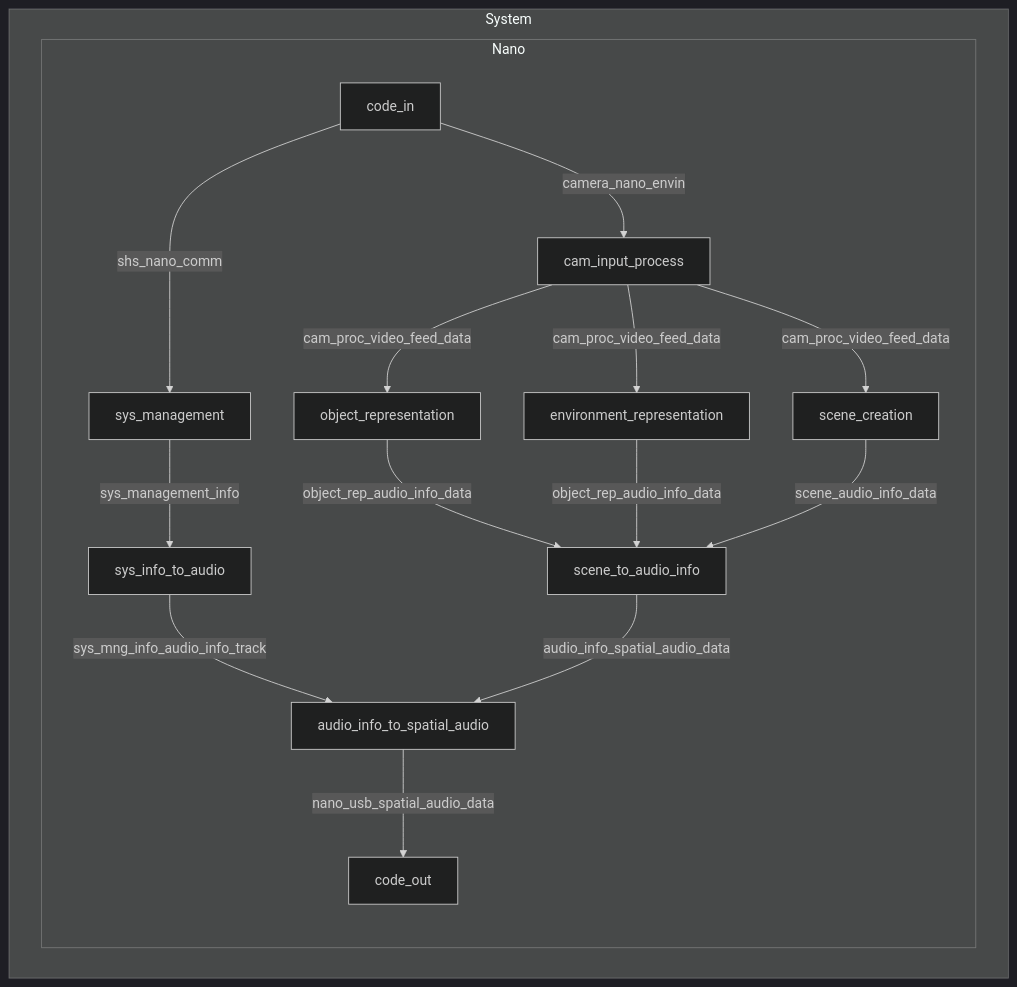
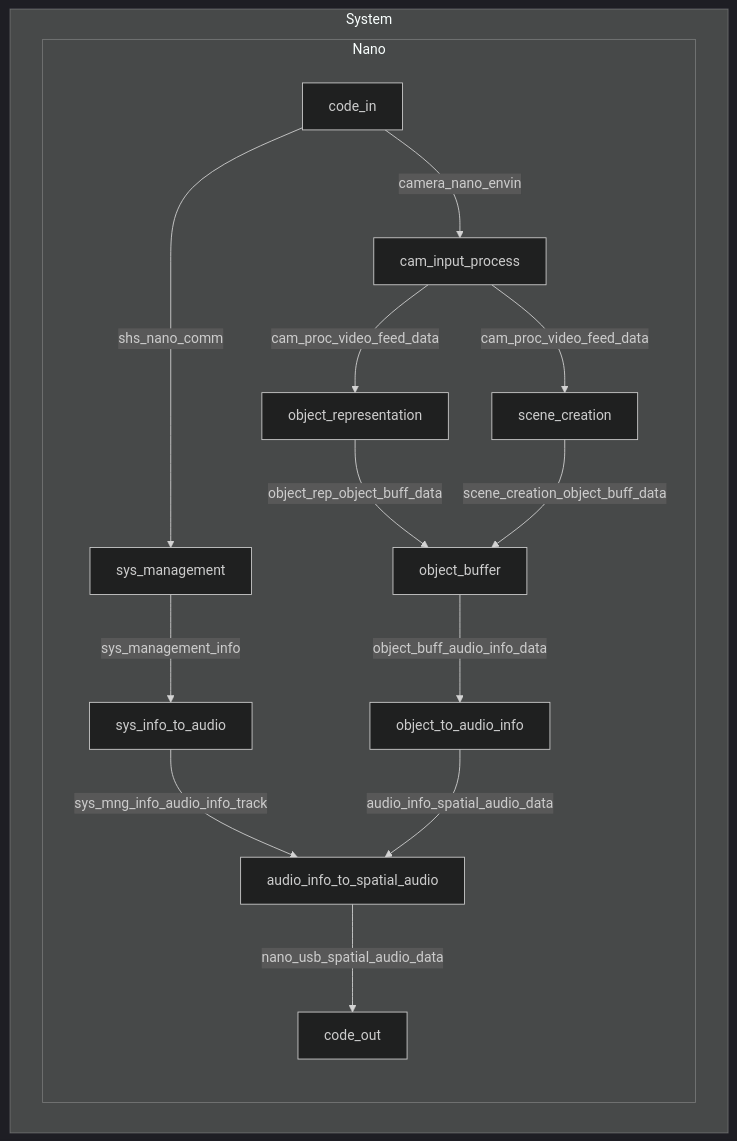
One commit to Jedi-Vision/ECE44x changed the third of 15 diagrams in blocks.md. Above: the diagram before and after it, drawn with Mermaid (dark theme). The commit also changed other lines of this file and 8 other files, not shown here.

Commit message:
Update object representation block and blocks.md

````diff
--- a/blocks.md
+++ b/blocks.md
@@ -55,21 +55,20 @@
 ```mermaid
 graph TD
     subgraph System
 
         %% Code
         subgraph Nano
             code_in -- "camera_nano_envin" --> cam_input_process
             code_in -- "shs_nano_comm" --> sys_management
             cam_input_process -- "cam_proc_video_feed_data" --> object_representation
-            cam_input_process -- "cam_proc_video_feed_data" --> environment_representation
             cam_input_process -- "cam_proc_video_feed_data" --> scene_creation
-            object_representation -- "object_rep_audio_info_data" --> scene_to_audio_info
-            environment_representation -- "object_rep_audio_info_data" --> scene_to_audio_info
-            scene_creation -- "scene_audio_info_data" --> scene_to_audio_info
+            object_representation -- "object_rep_object_buff_data" --> object_buffer
+            scene_creation -- "scene_creation_object_buff_data" --> object_buffer
+            object_buffer -- "object_buff_audio_info_data" --> object_to_audio_info
             sys_management -- "sys_management_info" --> sys_info_to_audio
             sys_info_to_audio -- "sys_mng_info_audio_info_track" --> audio_info_to_spatial_audio
-            scene_to_audio_info -- "audio_info_spatial_audio_data" --> audio_info_to_spatial_audio
+            object_to_audio_info -- "audio_info_spatial_audio_data" --> audio_info_to_spatial_audio
             audio_info_to_spatial_audio -- "nano_usb_spatial_audio_data" --> code_out
         end
     end
 ```
````
